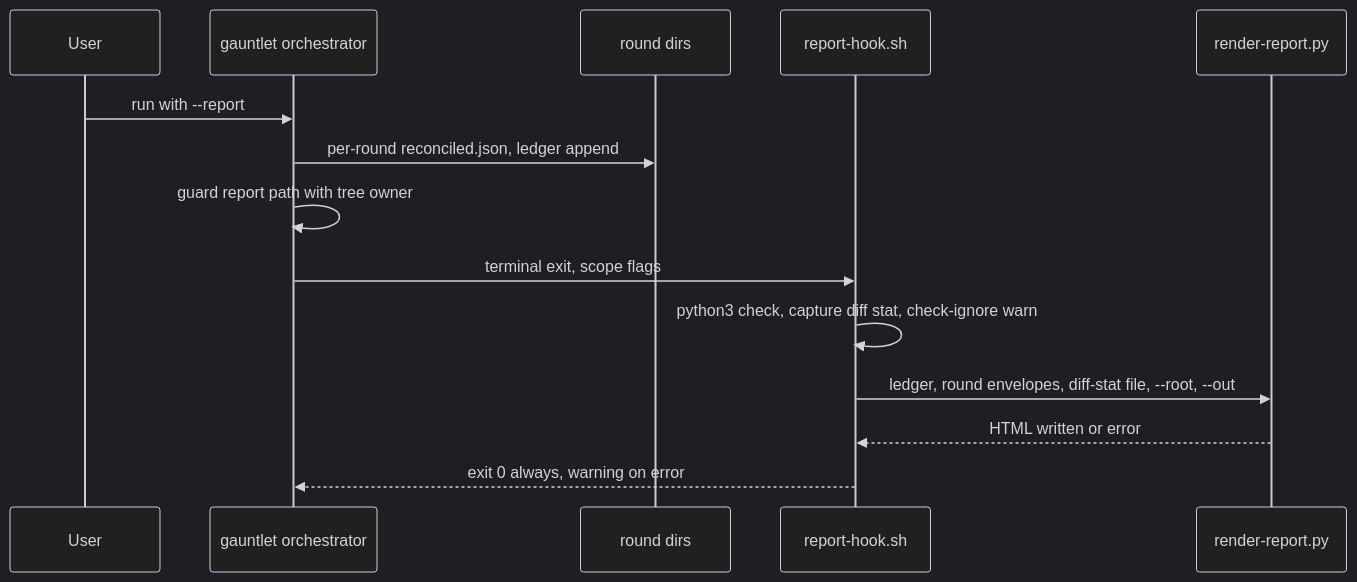
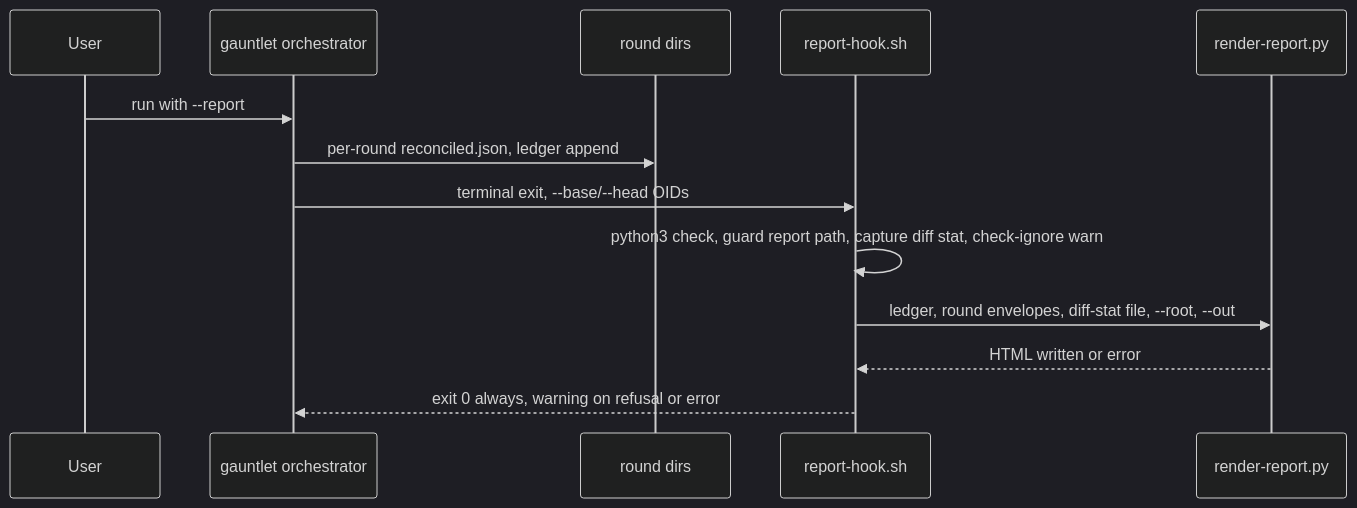
Before and after one commit to vr000m/skein: the second of 3 diagrams in docs/dev_plans/20261008-feature-review-output-formats.md, drawn with Mermaid (dark theme). The commit also changed other lines of this file, not shown here.

````diff
--- a/docs/dev_plans/20261008-feature-review-output-formats.md
+++ b/docs/dev_plans/20261008-feature-review-output-formats.md
@@ -178,16 +185,15 @@
 ```mermaid
 sequenceDiagram
     participant U as User
     participant G as gauntlet orchestrator
     participant RD as round dirs
     participant H as report-hook.sh
     participant R as render-report.py
     U->>G: run with --report
     G->>RD: per-round reconciled.json, ledger append
-    G->>G: guard report path with tree owner
-    G->>H: terminal exit, scope flags
-    H->>H: python3 check, capture diff stat, check-ignore warn
+    G->>H: terminal exit, --base/--head OIDs
+    H->>H: python3 check, guard report path, capture diff stat, check-ignore warn
     H->>R: ledger, round envelopes, diff-stat file, --root, --out
     R-->>H: HTML written or error
-    H-->>G: exit 0 always, warning on error
+    H-->>G: exit 0 always, warning on refusal or error
 ```
````
